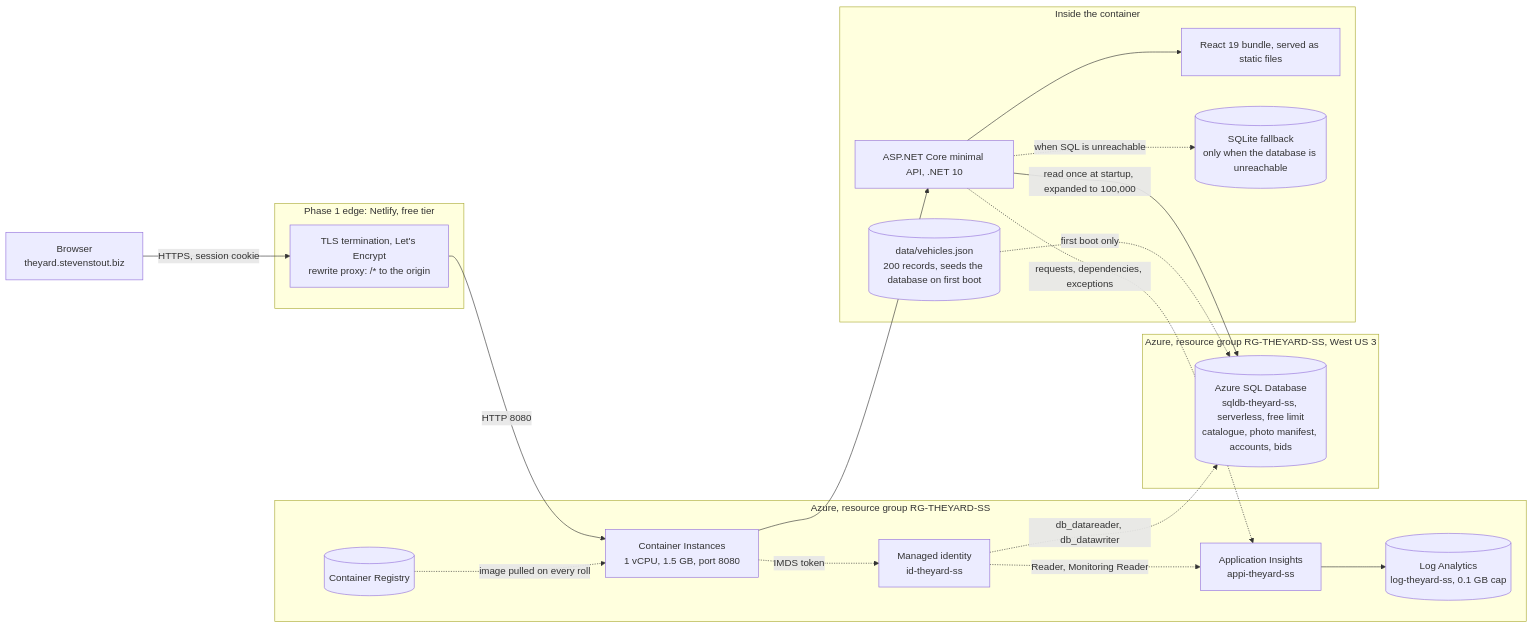
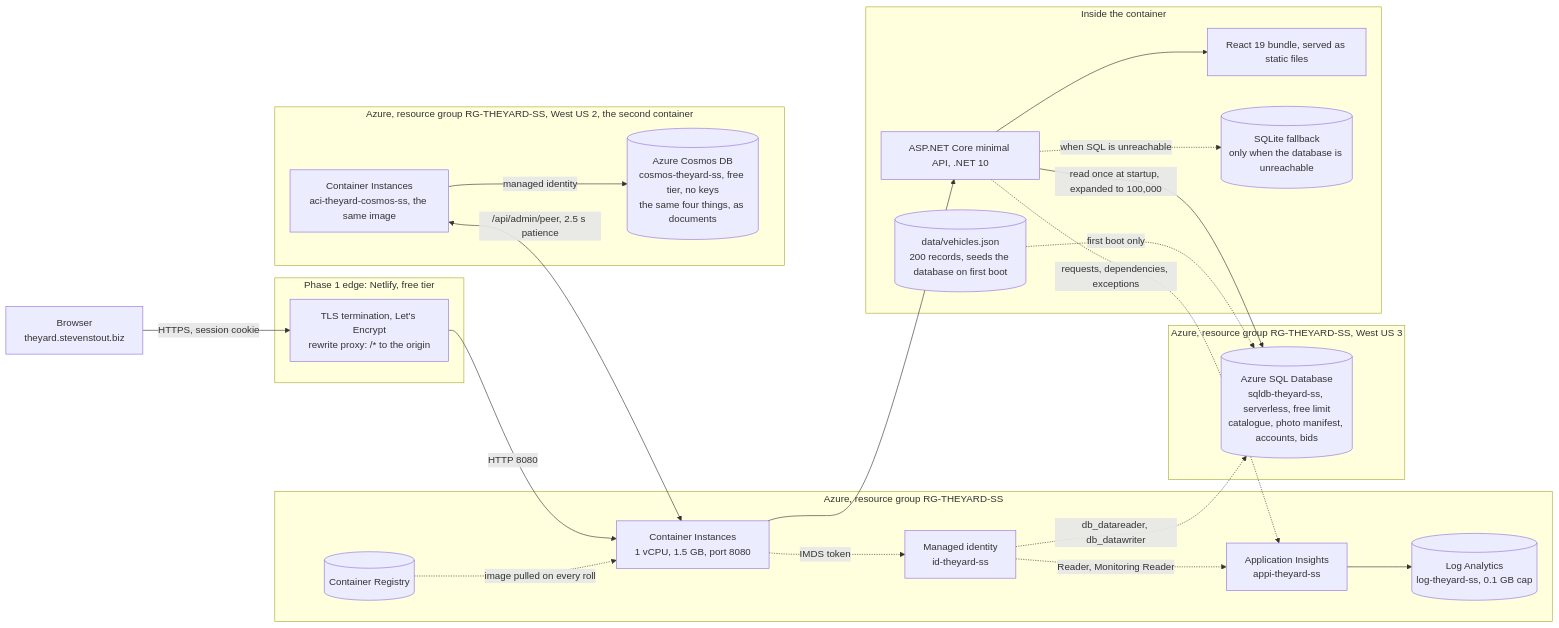
The first of 3 diagrams in docs/ARCHITECTURE.md (SteveStout/TheYard), drawn with Mermaid before and after one commit. The commit also changed other lines of this file and 24 other files, not shown here.

````diff
--- a/docs/ARCHITECTURE.md
+++ b/docs/ARCHITECTURE.md
@@ -25,41 +25,48 @@
 ```mermaid
 flowchart LR
   B["Browser<br/>theyard.stevenstout.biz"]
 
   subgraph edge["Phase 1 edge: Netlify, free tier"]
     TLS["TLS termination, Let's Encrypt<br/>rewrite proxy: /* to the origin"]
   end
 
   subgraph azure["Azure, resource group RG-THEYARD-SS"]
     ACI["Container Instances<br/>1 vCPU, 1.5 GB, port 8080"]
     ACR[("Container Registry")]
     MI["Managed identity<br/>id-theyard-ss"]
     AI["Application Insights<br/>appi-theyard-ss"]
     LAW[("Log Analytics<br/>log-theyard-ss, 0.1 GB cap")]
   end
 
   subgraph sql["Azure, resource group RG-THEYARD-SS, West US 3"]
     SQL[("Azure SQL Database<br/>sqldb-theyard-ss, serverless, free limit<br/>catalogue, photo manifest, accounts, bids")]
+  end
+
+  subgraph cosmos["Azure, resource group RG-THEYARD-SS, West US 2, the second container"]
+    ACI2["Container Instances<br/>aci-theyard-cosmos-ss, the same image"]
+    COSMOS[("Azure Cosmos DB<br/>cosmos-theyard-ss, free tier, no keys<br/>the same four things, as documents")]
+    ACI2 -->|managed identity| COSMOS
+    ACI2 <-->|/api/admin/peer, 2.5 s patience| ACI
   end
 
   subgraph box["Inside the container"]
     API["ASP.NET Core minimal API, .NET 10"]
     SPA["React 19 bundle, served as static files"]
     SEED[("data/vehicles.json<br/>200 records, seeds the database on first boot")]
     FILE[("SQLite fallback<br/>only when the database is unreachable")]
   end
 
   B -->|HTTPS, session cookie| TLS
   TLS -->|HTTP 8080| ACI
   ACI --> API
   API --> SPA
   API -->|read once at startup, expanded to 100,000| SQL
   API -.->|when SQL is unreachable| FILE
   MI -.->|db_datareader, db_datawriter| SQL
   SEED -.->|first boot only| SQL
   ACR -.->|image pulled on every roll| ACI
   ACI -.->|IMDS token| MI
   MI -.->|Reader, Monitoring Reader| AI
   API -.->|requests, dependencies, exceptions| AI
   AI --> LAW
 ```
````
